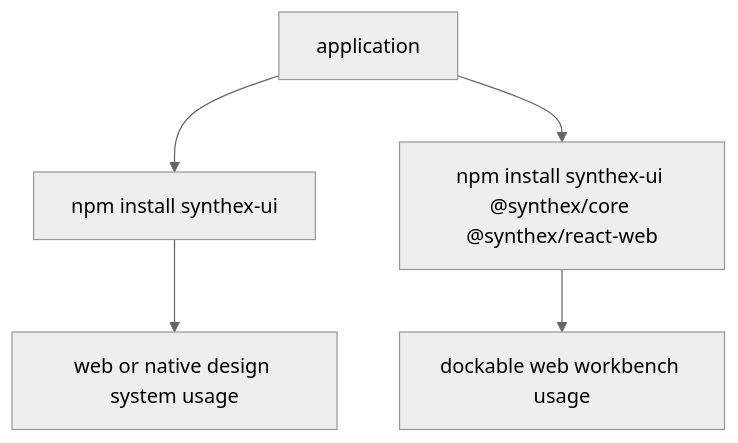
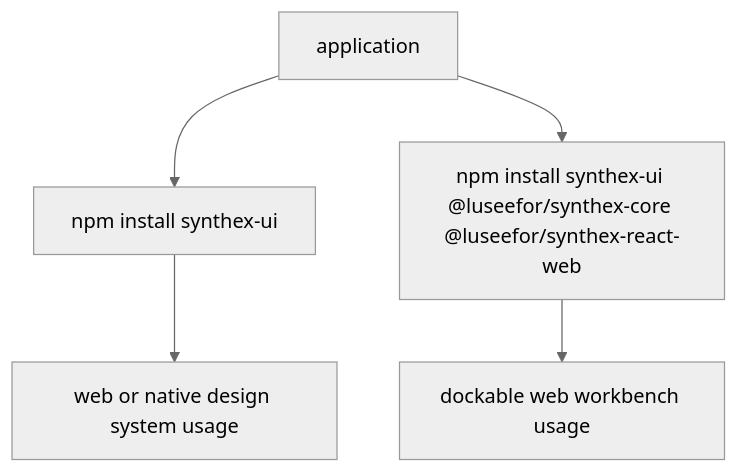
Diagram 11 of 11 in docs/mermaid-architecture.md (Luseefor/synthex-ui), drawn with Mermaid (neutral theme) before and after one commit. The commit also changed other lines of this file and 35 other files, not shown here.

````diff
--- a/docs/mermaid-architecture.md
+++ b/docs/mermaid-architecture.md
@@ -180,8 +180,8 @@
 ```mermaid
 flowchart TD
   Consumer["application"] --> UIOnly["npm install synthex-ui"]
-  Consumer --> Workbench["npm install synthex-ui @synthex/core @synthex/react-web"]
+  Consumer --> Workbench["npm install synthex-ui @luseefor/synthex-core @luseefor/synthex-react-web"]
 
   UIOnly --> WebUI["web or native design system usage"]
   Workbench --> EngineUI["dockable web workbench usage"]
 ```
````
